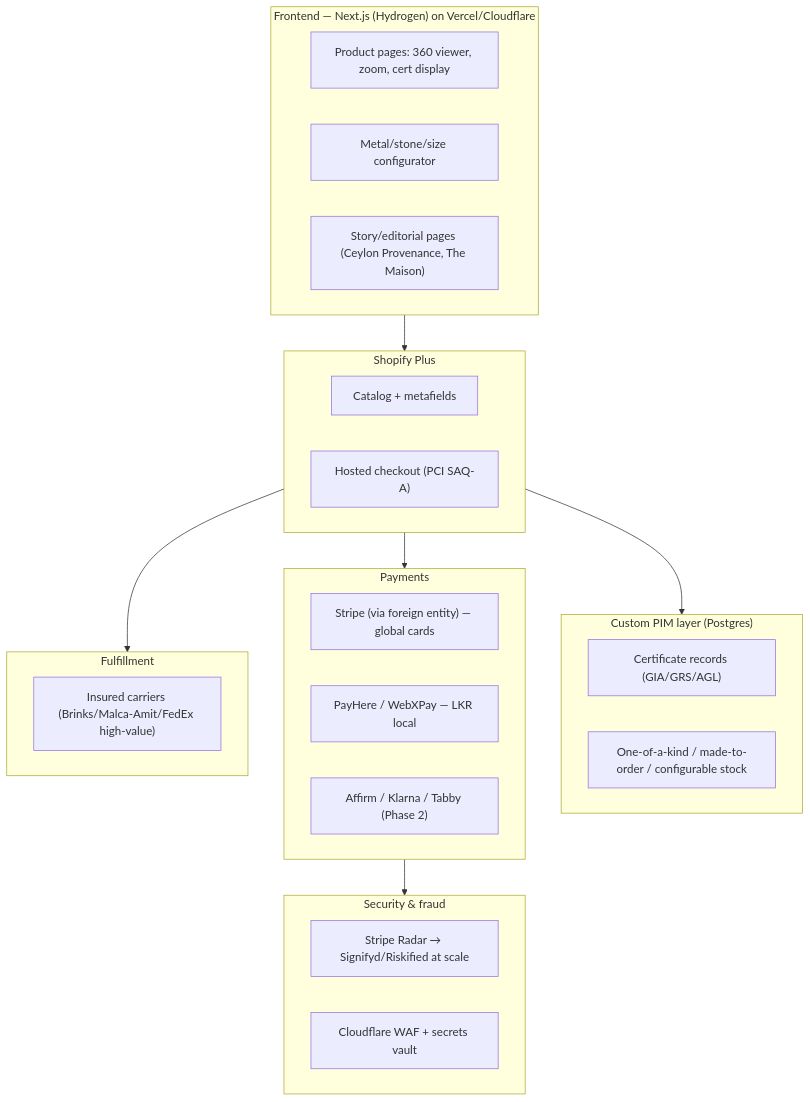
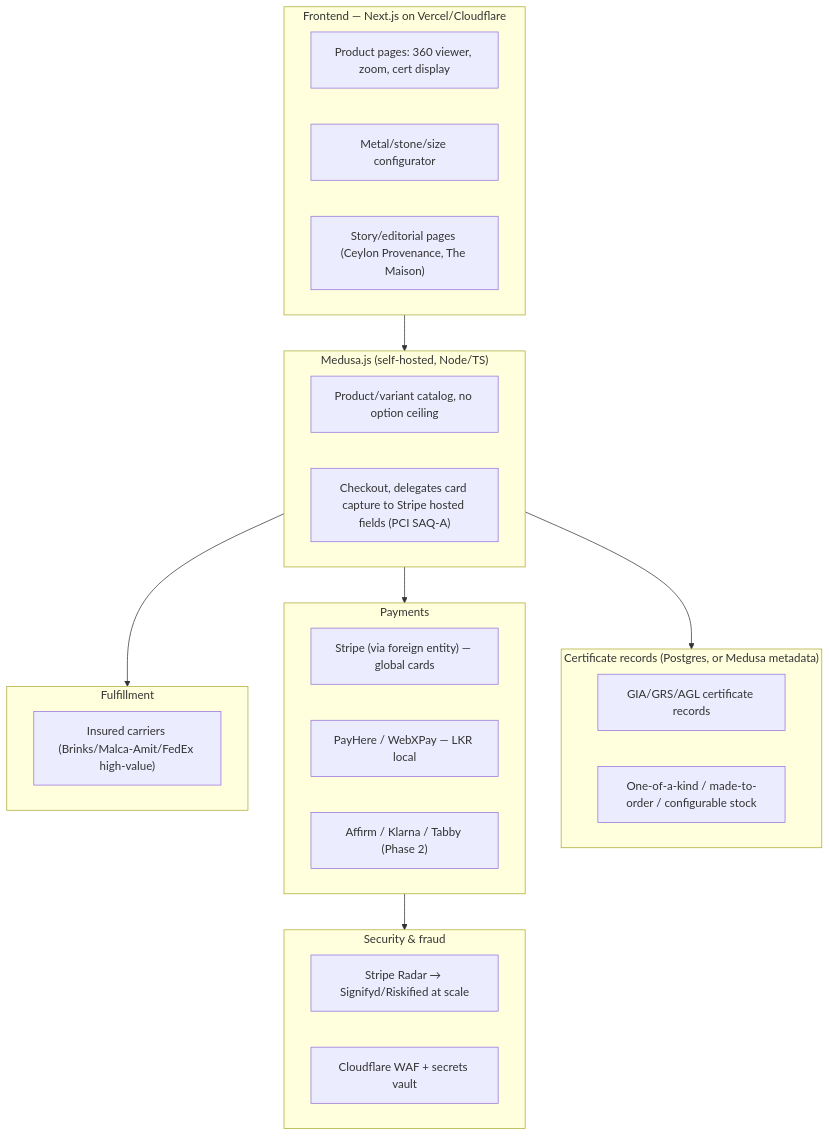
The diagram in docs/03-technical-architecture.md (gellerbatra-max/JEWEL), drawn with Mermaid before and after one commit. The commit also changed other lines of this file and 2 other files, not shown here.

First line of the commit message:
Switch commerce platform recommendation to self-hosted Medusa.js

````diff
--- a/docs/03-technical-architecture.md
+++ b/docs/03-technical-architecture.md
@@ -49,39 +51,39 @@
 ```mermaid
 flowchart TB
-    subgraph Frontend["Frontend — Next.js (Hydrogen) on Vercel/Cloudflare"]
+    subgraph Frontend["Frontend — Next.js on Vercel/Cloudflare"]
         PDP["Product pages: 360 viewer, zoom, cert display"]
         Config["Metal/stone/size configurator"]
         Content["Story/editorial pages (Ceylon Provenance, The Maison)"]
     end
 
-    subgraph Commerce["Shopify Plus"]
-        Catalog["Catalog + metafields"]
-        Checkout["Hosted checkout (PCI SAQ-A)"]
+    subgraph Commerce["Medusa.js (self-hosted, Node/TS)"]
+        Catalog["Product/variant catalog, no option ceiling"]
+        Checkout["Checkout, delegates card capture to Stripe hosted fields (PCI SAQ-A)"]
     end
 
-    subgraph PIM["Custom PIM layer (Postgres)"]
-        Certs["Certificate records (GIA/GRS/AGL)"]
+    subgraph PIM["Certificate records (Postgres, or Medusa metadata)"]
+        Certs["GIA/GRS/AGL certificate records"]
         Stock["One-of-a-kind / made-to-order / configurable stock"]
     end
 
     subgraph Payments["Payments"]
         Stripe["Stripe (via foreign entity) — global cards"]
         Local["PayHere / WebXPay — LKR local"]
         Financing["Affirm / Klarna / Tabby (Phase 2)"]
     end
 
     subgraph Trust["Security & fraud"]
         Radar["Stripe Radar → Signifyd/Riskified at scale"]
         WAF["Cloudflare WAF + secrets vault"]
     end
 
     subgraph Ops["Fulfillment"]
         Insured["Insured carriers (Brinks/Malca-Amit/FedEx high-value)"]
     end
 
     Frontend --> Commerce
     Commerce --> PIM
     Commerce --> Payments
     Payments --> Trust
     Commerce --> Ops
 ```
````
